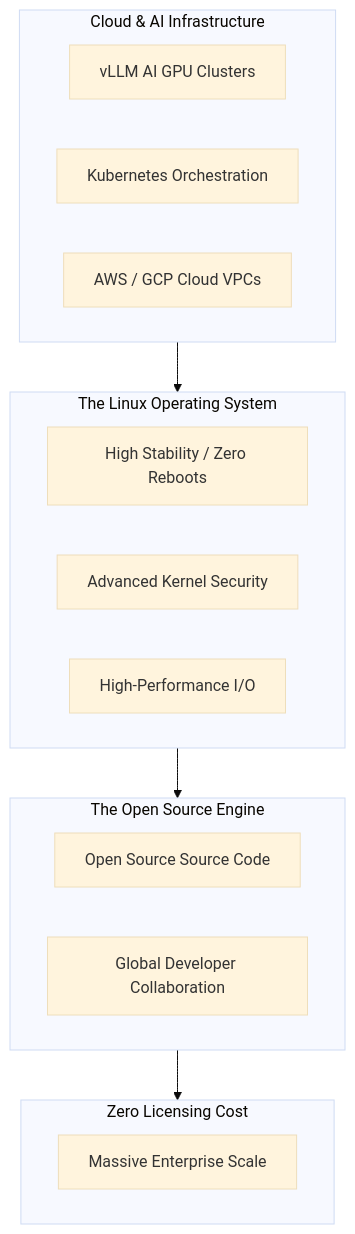
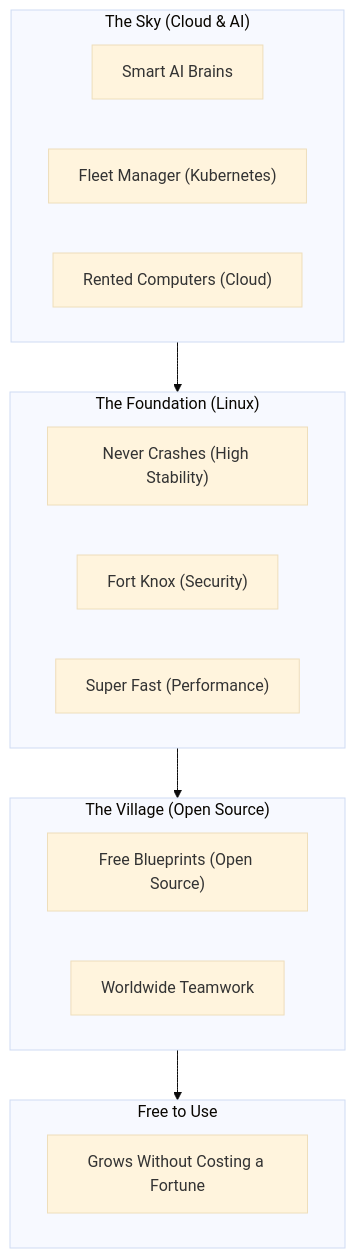
One commit to aloysiuspattath/platform-engineering-ai-course changed the diagram in website/pages/modules/module-01/lesson-02.md. Above: the diagram before and after it, drawn with Mermaid (base theme). The commit also changed other lines of this file and 56 other files, not shown here.

Commit message:
refactor: simplify all architecture diagrams and explanations to layman's terms via AI subagent swarm

````diff
--- a/website/pages/modules/module-01/lesson-02.md
+++ b/website/pages/modules/module-01/lesson-02.md
@@ -76,27 +76,27 @@
 ```mermaid
 flowchart TD
-    subgraph Layer4 [Cloud & AI Infrastructure]
-        AI[vLLM AI GPU Clusters]
-        K8S[Kubernetes Orchestration]
-        CLOUD[AWS / GCP Cloud VPCs]
+    subgraph Layer4 ["The Sky (Cloud & AI)"]
+        AI["Smart AI Brains"]
+        K8S["Fleet Manager (Kubernetes)"]
+        CLOUD["Rented Computers (Cloud)"]
     end
 
-    subgraph Layer3 [The Linux Operating System]
-        STAB[High Stability / Zero Reboots]
-        SEC[Advanced Kernel Security]
-        PERF[High-Performance I/O]
+    subgraph Layer3 ["The Foundation (Linux)"]
+        STAB["Never Crashes (High Stability)"]
+        SEC["Fort Knox (Security)"]
+        PERF["Super Fast (Performance)"]
     end
 
-    subgraph Layer2 [The Open Source Engine]
-        OSS[Open Source Source Code]
-        COMM[Global Developer Collaboration]
+    subgraph Layer2 ["The Village (Open Source)"]
+        OSS["Free Blueprints (Open Source)"]
+        COMM["Worldwide Teamwork"]
     end
 
-    subgraph Layer1 [Zero Licensing Cost]
-        ECON[Massive Enterprise Scale]
+    subgraph Layer1 ["Free to Use"]
+        ECON["Grows Without Costing a Fortune"]
     end
 
     Layer4 --> Layer3
     Layer3 --> Layer2
     Layer2 --> Layer1
 ```
````
